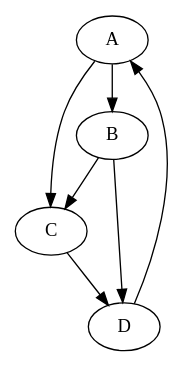
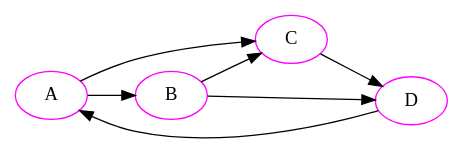
One commit to graphviz-perl/GraphViz2-Marpa-PathUtils changed the diagram in data/04.clusters.in.gv. Above: the diagram before and after it, drawn with Graphviz. The commit also changed 34 other files, not shown here.

```diff
--- a/data/04.clusters.in.gv
+++ b/data/04.clusters.in.gv
@@ -1,6 +1,10 @@
 digraph graph_04
 {
+	rankdir = LR
+
+	node [color = magenta]
+
 	A -> B -> C -> D -> A
 	A -> C
 	B -> D
 }
```
